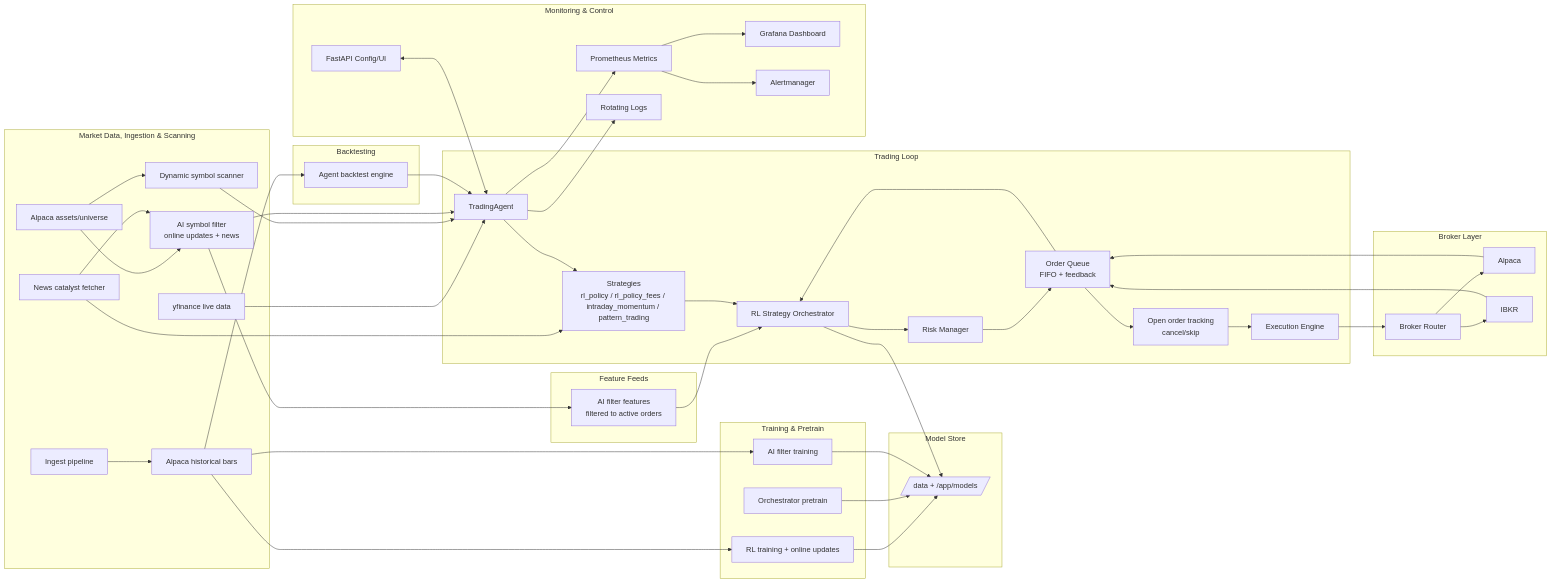
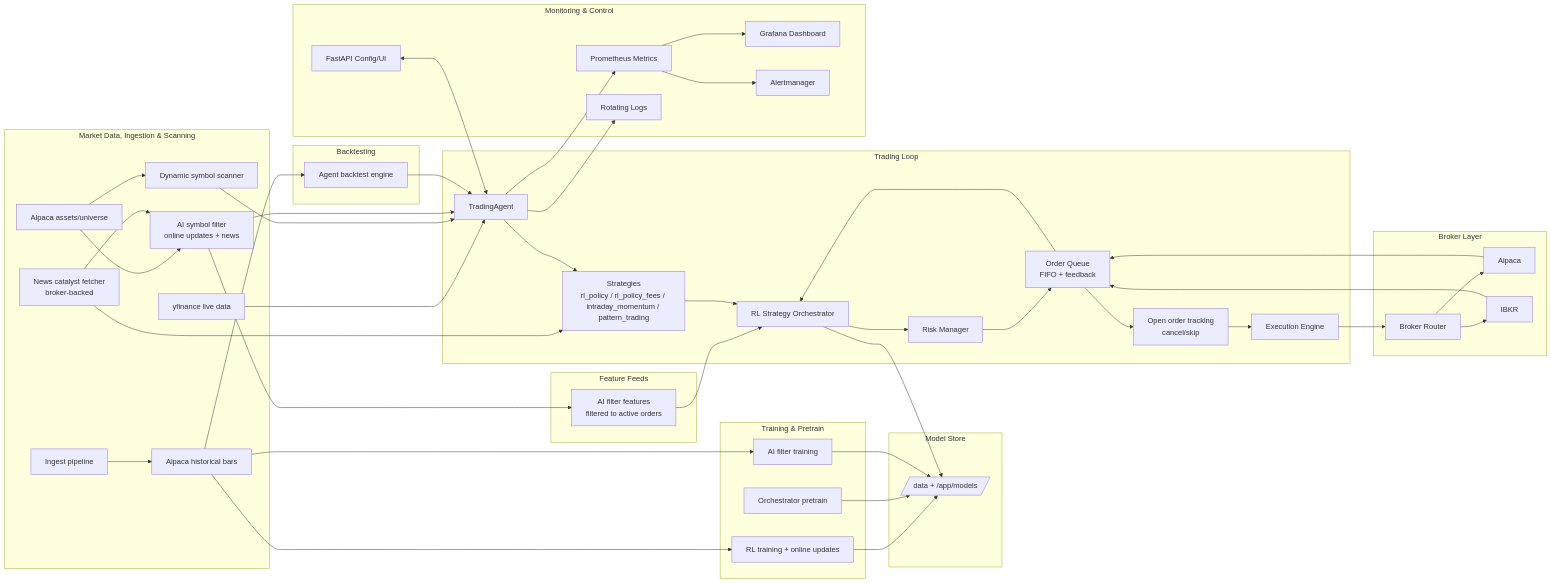
One commit to ilfrick/Fricktrade changed the diagram in README.md. Above: the diagram before and after it, drawn with Mermaid. The commit also changed other lines of this file and 9 other files, not shown here.

Commit message:
Add broker-aware news and AI filter universe

````diff
--- a/README.md
+++ b/README.md
@@ -23,75 +23,75 @@
 ```mermaid
 flowchart LR
     subgraph Data["Market Data, Ingestion & Scanning"]
         YF[yfinance live data]
         AlpacaBars[Alpaca historical bars]
         AlpacaAssets[Alpaca assets/universe]
         Ingest[Ingest pipeline]
         Scan[Dynamic symbol scanner]
         AIFilter[AI symbol filter<br/>online updates + news]
-        News[News catalyst fetcher]
+        News[News catalyst fetcher<br/>broker-backed]
     end
     subgraph Models["Model Store"]
         ModelStore[/data + /app/models/]
     end
     subgraph Core["Trading Loop"]
         Trader[TradingAgent]
         Strat[Strategies<br/>rl_policy / rl_policy_fees / intraday_momentum / pattern_trading]
         Orchestrator[RL Strategy Orchestrator]
         Risk[Risk Manager]
         Exec[Execution Engine]
         Queue[Order Queue<br/>FIFO + feedback]
         Orders[Open order tracking<br/>cancel/skip]
     end
     subgraph Features["Feature Feeds"]
         AIFeatures[AI filter features<br/>filtered to active orders]
     end
     subgraph Training["Training & Pretrain"]
         RLTrain[RL training + online updates]
         OrchPretrain[Orchestrator pretrain]
         AIFilterTrain[AI filter training]
     end
     subgraph Backtest["Backtesting"]
         AgentBT[Agent backtest engine]
     end
     subgraph Broker["Broker Layer"]
         Router[Broker Router]
         Alpaca[Alpaca]
         IBKR[IBKR]
     end
     subgraph Observability["Monitoring & Control"]
         Metrics[Prometheus Metrics]
         Grafana[Grafana Dashboard]
         Alerting[Alertmanager]
         API[FastAPI Config/UI]
         Logs[Rotating Logs]
     end
 
     YF --> Trader
     AlpacaBars --> RLTrain
     AlpacaBars --> AgentBT
     AlpacaBars --> AIFilterTrain
     AlpacaAssets --> Scan
     AlpacaAssets --> AIFilter
     Scan --> Trader
     AIFilter --> Trader
     AIFilter --> AIFeatures --> Orchestrator
     News --> Strat
     News --> AIFilter
     Ingest --> AlpacaBars
     RLTrain --> ModelStore
     OrchPretrain --> ModelStore
     AIFilterTrain --> ModelStore
     Trader --> Strat --> Orchestrator --> Risk --> Queue --> Orders --> Exec --> Router
     Router --> Alpaca
     Router --> IBKR
     Alpaca --> Queue
     IBKR --> Queue
     Queue --> Orchestrator
     Orchestrator --> ModelStore
     AgentBT --> Trader
     Trader --> Metrics --> Grafana
     Metrics --> Alerting
     Trader --> Logs
     API <--> Trader
 ```
````
